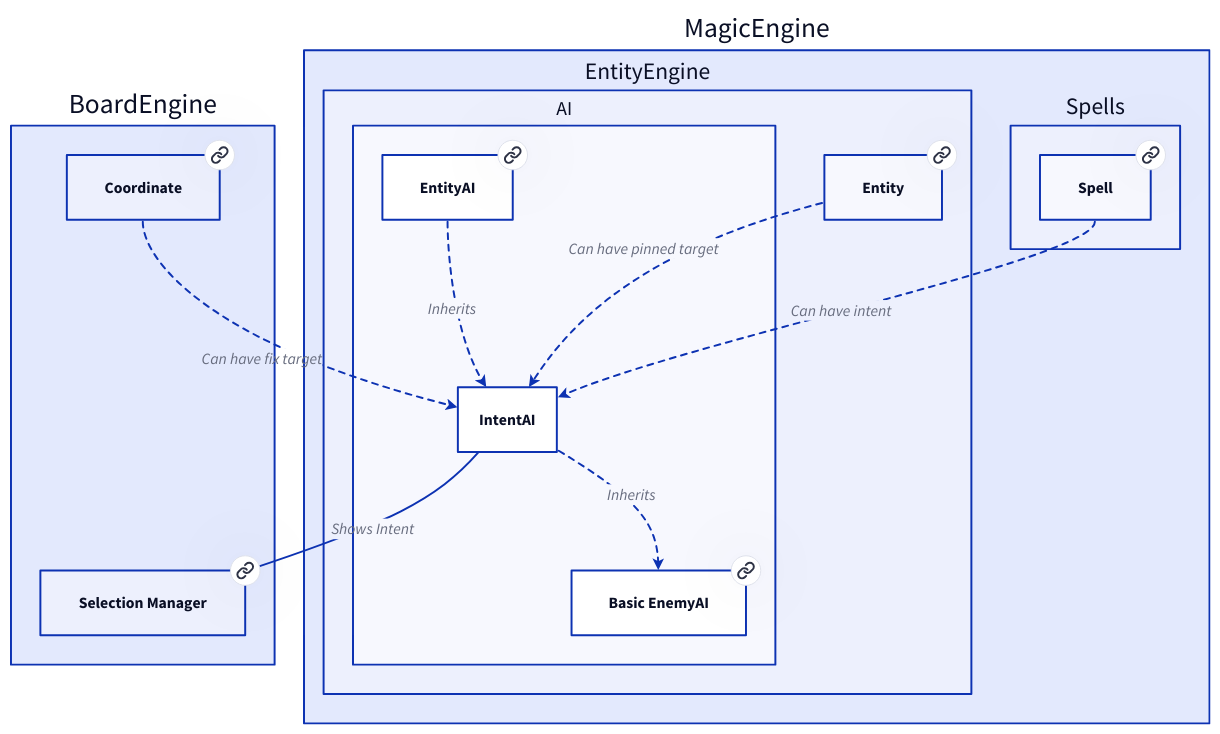
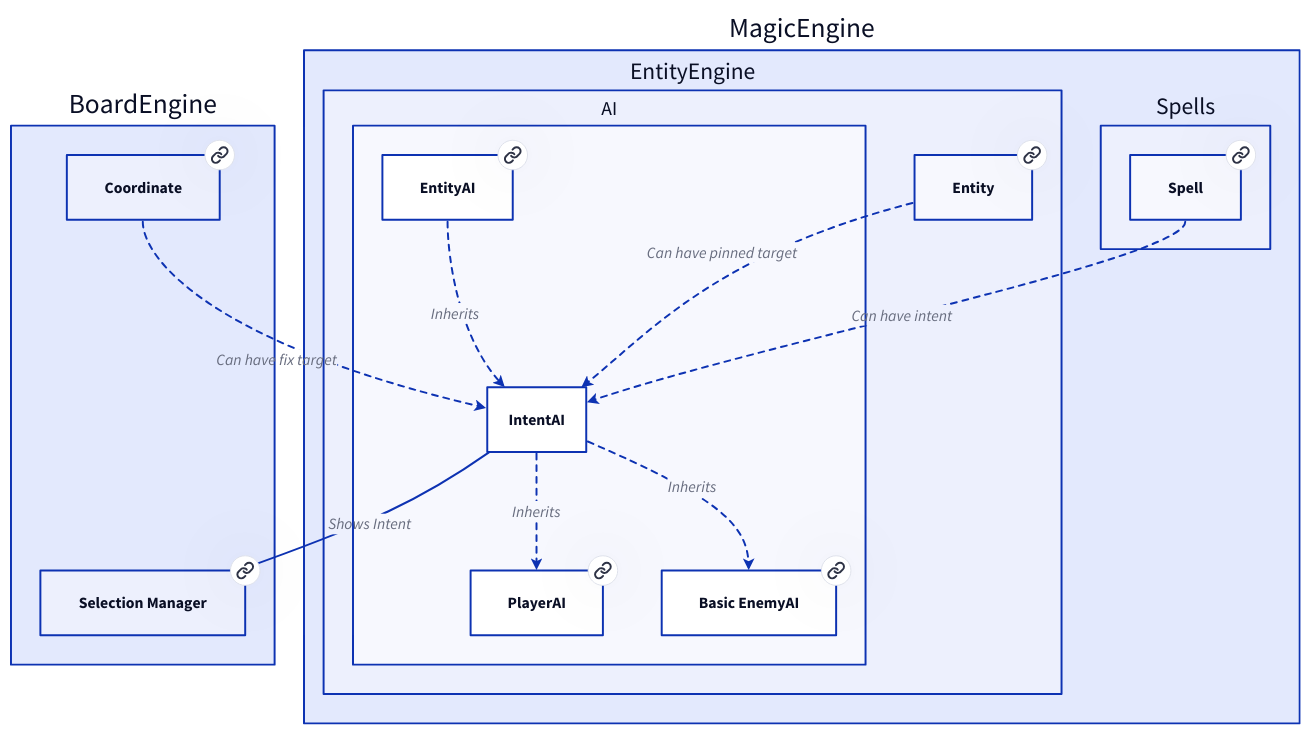
One commit to Portevent/Brume-Documentation changed the diagram in doc/graphs/d2/IntentAI.d2. Above: the diagram before and after it, drawn with D2. The commit also changed 26 other files, not shown here.

```diff
--- a/doc/graphs/d2/IntentAI.d2
+++ b/doc/graphs/d2/IntentAI.d2
@@ -1,55 +1,62 @@
 # Nodes :
 BoardEngine: {
     SelectionManager: Selection Manager {
        link: SelectionManager
     }
     Coordinate: Coordinate {
        link: Coordinate
     }
 }
 MagicEngine: {
     EntityEngine: {
         AI: {
+            PlayerAI: PlayerAI {
+               link: PlayerAI
+            }
             EntityAI: EntityAI {
                link: EntityAI
             }
             BasicEnemyAI: Basic EnemyAI {
                link: BasicEnemyAI
             }
         }
         Entity: Entity {
            link: Entity
         }
     }
     Spells: {
         Spell: Spell {
            link: Spell
         }
     }
 }
 
 # Links :
 MagicEngine.EntityEngine.AI.IntentAI -> BoardEngine.SelectionManager: Shows Intent {
 source-arrowhead: {}
 target-arrowhead: {shape: arrow}
 }
 MagicEngine.EntityEngine.AI.EntityAI -> MagicEngine.EntityEngine.AI.IntentAI: Inherits {style.stroke-dash: 3
 source-arrowhead: {}
 target-arrowhead: {shape: arrow}
 }
 MagicEngine.Spells.Spell -> MagicEngine.EntityEngine.AI.IntentAI: Can have intent {style.stroke-dash: 3
 source-arrowhead: {}
 target-arrowhead: {shape: arrow}
 }
 MagicEngine.EntityEngine.Entity -> MagicEngine.EntityEngine.AI.IntentAI: Can have pinned target {style.stroke-dash: 3
 source-arrowhead: {}
 target-arrowhead: {shape: arrow}
 }
 BoardEngine.Coordinate -> MagicEngine.EntityEngine.AI.IntentAI: Can have fix target {style.stroke-dash: 3
 source-arrowhead: {}
 target-arrowhead: {shape: arrow}
 }
+MagicEngine.EntityEngine.AI.IntentAI -> MagicEngine.EntityEngine.AI.PlayerAI: Inherits {style.stroke-dash: 3
+source-arrowhead: {}
+target-arrowhead: {shape: arrow}
+}
 MagicEngine.EntityEngine.AI.IntentAI -> MagicEngine.EntityEngine.AI.BasicEnemyAI: Inherits {style.stroke-dash: 3
 source-arrowhead: {}
 target-arrowhead: {shape: arrow}
 }
```
